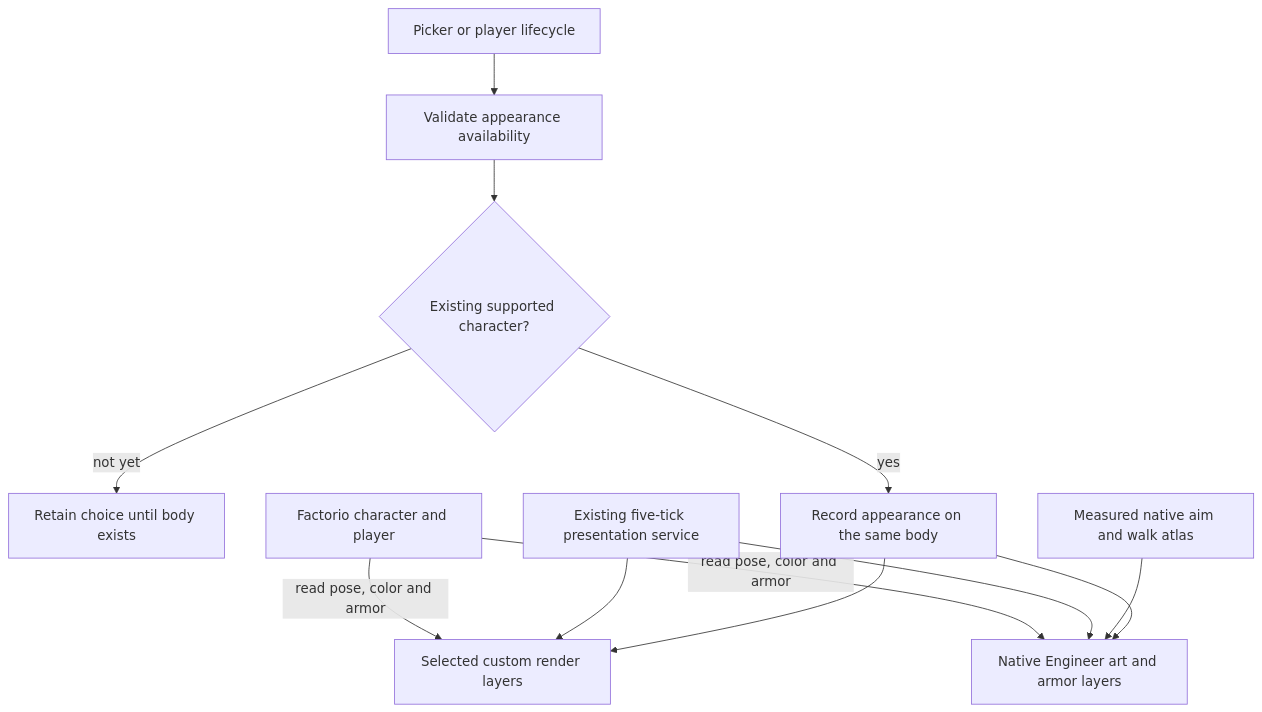
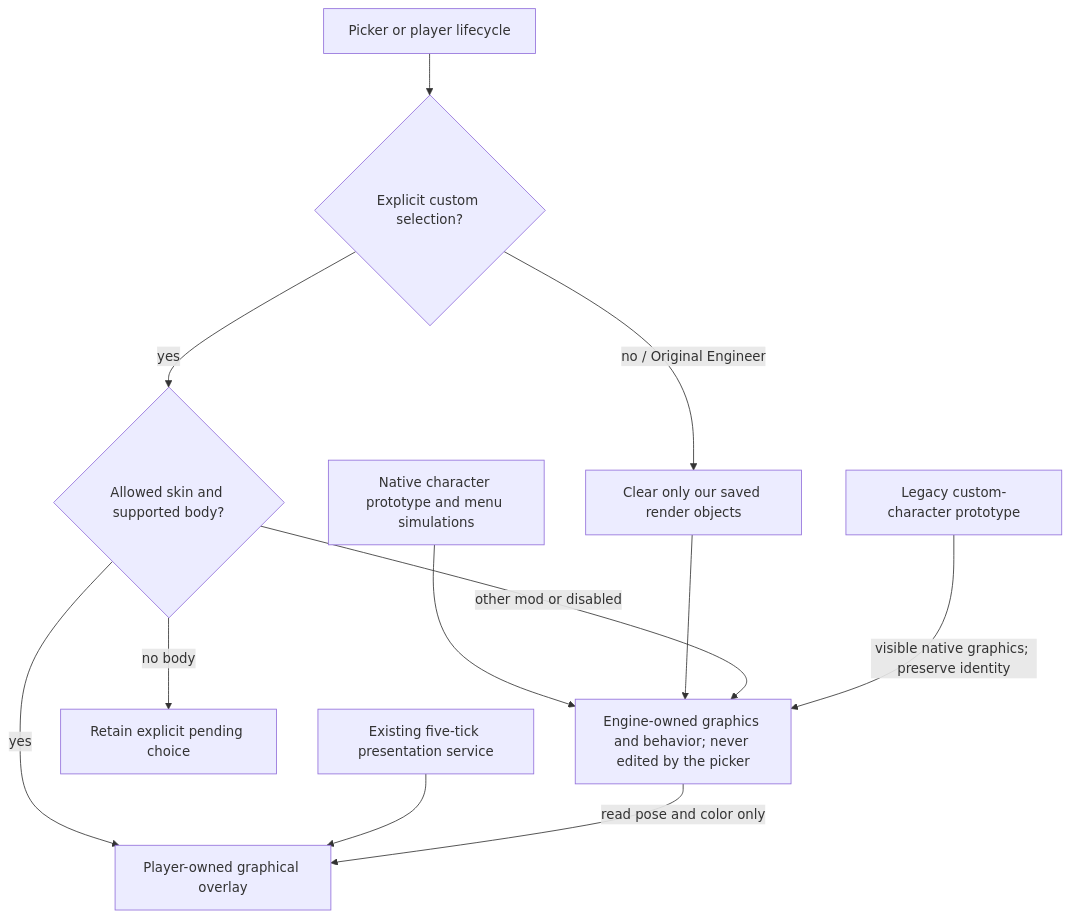
One commit to mrcalzon02/Tech-Priests changed the fifth of 5 diagrams in docs/BEHAVIOR_MERMAID_MAP_0660.md. Above: the diagram before and after it, drawn with Mermaid. The commit also changed other lines of this file and 7 other files, not shown here.

Commit message:
fix(character): keep the intrinsic Engineer and menu actors native by default

````diff
--- a/docs/BEHAVIOR_MERMAID_MAP_0660.md
+++ b/docs/BEHAVIOR_MERMAID_MAP_0660.md
@@ -136,14 +136,14 @@
 ```mermaid
 flowchart TD
-    Picker["Picker or player lifecycle"] --> Allow["Validate appearance availability"]
-    Allow --> Body{"Existing supported character?"}
-    Body -->|"not yet"| Pending["Retain choice until body exists"]
-    Body -->|"yes"| Selection["Record appearance on the same body"]
-    Selection --> Custom["Selected custom render layers"]
-    Selection --> Engineer["Native Engineer art and armor layers"]
-    Atlas["Measured native aim and walk atlas"] --> Engineer
+    Data["Native character prototype and menu simulations"] --> Native["Engine-owned graphics and behavior; never edited by the picker"]
+    Picker["Picker or player lifecycle"] --> Default{"Explicit custom selection?"}
+    Default -->|"no / Original Engineer"| Clear["Clear only our saved render objects"]
+    Clear --> Native
+    Default -->|"yes"| Allow{"Allowed skin and supported body?"}
+    Allow -->|"no body"| Pending["Retain explicit pending choice"]
+    Allow -->|"other mod or disabled"| Native
+    Allow -->|"yes"| Custom["Player-owned graphical overlay"]
     Broker["Existing five-tick presentation service"] --> Custom
-    Broker --> Engineer
-    Native["Factorio character and player"] -->|"read pose, color and armor"| Custom
-    Native -->|"read pose, color and armor"| Engineer
+    Native -->|"read pose and color only"| Custom
+    Legacy["Legacy custom-character prototype"] -->|"visible native graphics; preserve identity"| Native
 ```
````
